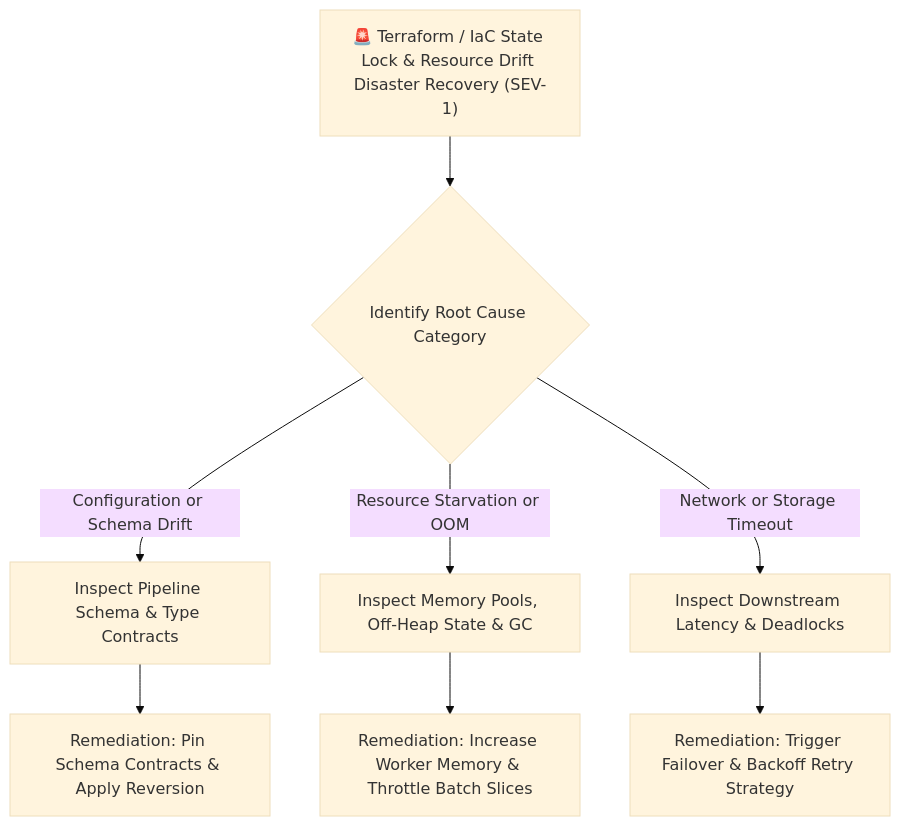
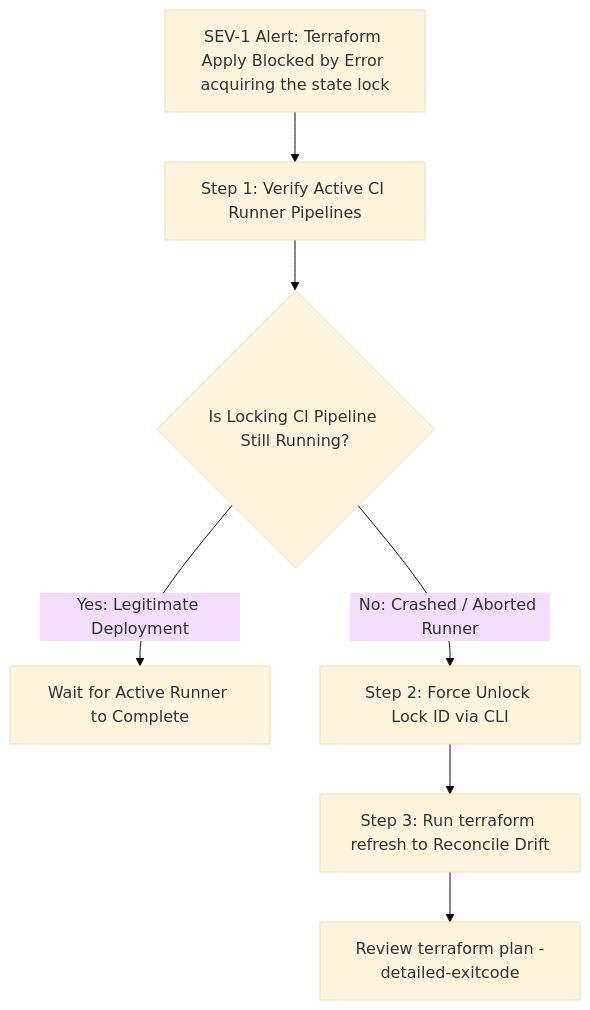
One commit to santoshjammi29/dataops-cicd-handbook changed the diagram in runbooks/01_iac_state_lock_and_drift_disaster_recovery.md. Above: the diagram before and after it, drawn with Mermaid (base theme). The commit also changed other lines of this file and 12 other files, not shown here.

````diff
--- a/runbooks/01_iac_state_lock_and_drift_disaster_recovery.md
+++ b/runbooks/01_iac_state_lock_and_drift_disaster_recovery.md
@@ -11,12 +12,11 @@
 ```mermaid
 flowchart TD
-    Alert["🚨 Terraform / IaC State Lock & Resource Drift Disaster Recovery (SEV-1)"] --> TriageCategory{"Identify Root Cause Category"}
+    Alert["SEV-1 Alert: Terraform Apply Blocked by Error acquiring the state lock"] --> VerifyRunner["Step 1: Verify Active CI Runner Pipelines"]
+    VerifyRunner --> IsRunnerDead{"Is Locking CI Pipeline Still Running?"}
     
-    TriageCategory -->|"Configuration or Schema Drift"| ConfigTriage["Inspect Pipeline Schema & Type Contracts"]
-    TriageCategory -->|"Resource Starvation or OOM"| ResourceTriage["Inspect Memory Pools, Off-Heap State & GC"]
-    TriageCategory -->|"Network or Storage Timeout"| NetworkTriage["Inspect Downstream Latency & Deadlocks"]
-
-    ConfigTriage --> FixConfig["Remediation: Pin Schema Contracts & Apply Reversion"]
-    ResourceTriage --> FixResource["Remediation: Increase Worker Memory & Throttle Batch Slices"]
-    NetworkTriage --> FixNetwork["Remediation: Trigger Failover & Backoff Retry Strategy"]
+    IsRunnerDead -->|"Yes: Legitimate Deployment"| WaitPipeline["Wait for Active Runner to Complete"]
+    IsRunnerDead -->|"No: Crashed / Aborted Runner"| ForceUnlock["Step 2: Force Unlock Lock ID via CLI"]
+    
+    ForceUnlock --> RefreshState["Step 3: Run terraform refresh to Reconcile Drift"]
+    RefreshState --> PlanReview["Review terraform plan -detailed-exitcode"]
 ```
````
